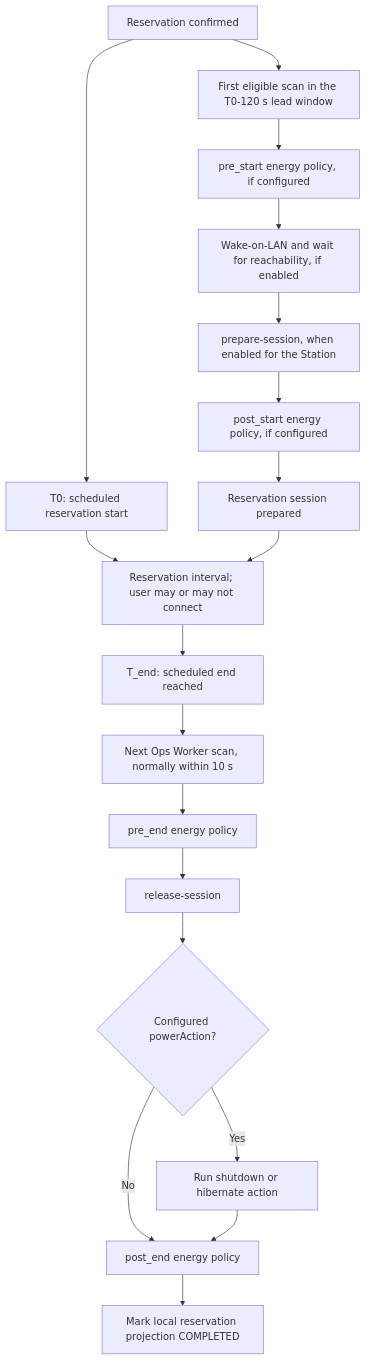
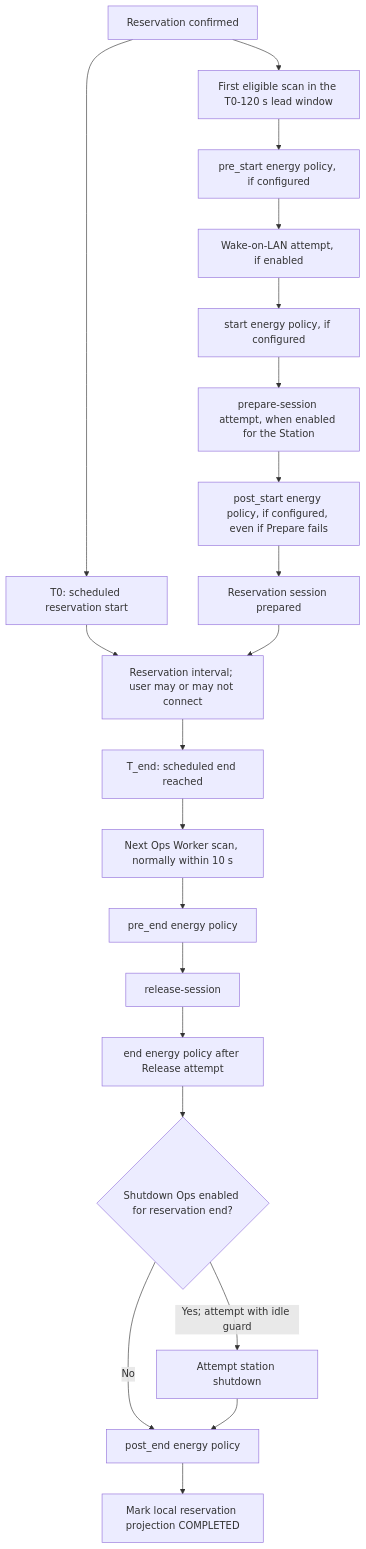
Before and after one commit to DecentraLabsCom/Lab-Gateway: the first of 4 diagrams in docs/workflows/gateway-lab-station-operations.md, drawn with Mermaid. The commit also changed other lines of this file and 8 other files, not shown here.

Commit message:
Fix reservation energy and shutdown sequencing

````diff
--- a/docs/workflows/gateway-lab-station-operations.md
+++ b/docs/workflows/gateway-lab-station-operations.md
@@ -250,21 +260,23 @@
 ```mermaid
 flowchart TD
     CONFIRMED["Reservation confirmed"] --> START_WINDOW["First eligible scan in the T0-120 s lead window"]
     START_WINDOW --> PRE_START["pre_start energy policy, if configured"]
-    PRE_START --> WAKE["Wake-on-LAN and wait for reachability, if enabled"]
-    WAKE --> PREPARE["prepare-session, when enabled for the Station"]
-    PREPARE --> POST_START["post_start energy policy, if configured"]
+    PRE_START --> WAKE["Wake-on-LAN attempt, if enabled"]
+    WAKE --> START_POLICY["start energy policy, if configured"]
+    START_POLICY --> PREPARE["prepare-session attempt, when enabled for the Station"]
+    PREPARE --> POST_START["post_start energy policy, if configured, even if Prepare fails"]
     POST_START --> PREPARED["Reservation session prepared"]
     CONFIRMED --> T0["T0: scheduled reservation start"]
     T0 --> ACTIVE["Reservation interval; user may or may not connect"]
     PREPARED --> ACTIVE
     ACTIVE --> T_END["T_end: scheduled end reached"]
     T_END --> END_SCAN["Next Ops Worker scan, normally within 10 s"]
     END_SCAN --> PRE_END["pre_end energy policy"]
     PRE_END --> RELEASE["release-session"]
-    RELEASE --> POWER{"Configured powerAction?"}
-    POWER -->|"Yes"| POWER_ACTION["Run shutdown or hibernate action"]
-    POWER -->|"No"| POST_END["post_end energy policy"]
+    RELEASE --> END_POLICY["end energy policy after Release attempt"]
+    END_POLICY --> SAFE_POWER{"Shutdown Ops enabled for reservation end?"}
+    SAFE_POWER -->|"Yes; attempt with idle guard"| POWER_ACTION["Attempt station shutdown"]
+    SAFE_POWER -->|"No"| POST_END["post_end energy policy"]
     POWER_ACTION --> POST_END
     POST_END --> COMPLETED["Mark local reservation projection COMPLETED"]
 ```
````
